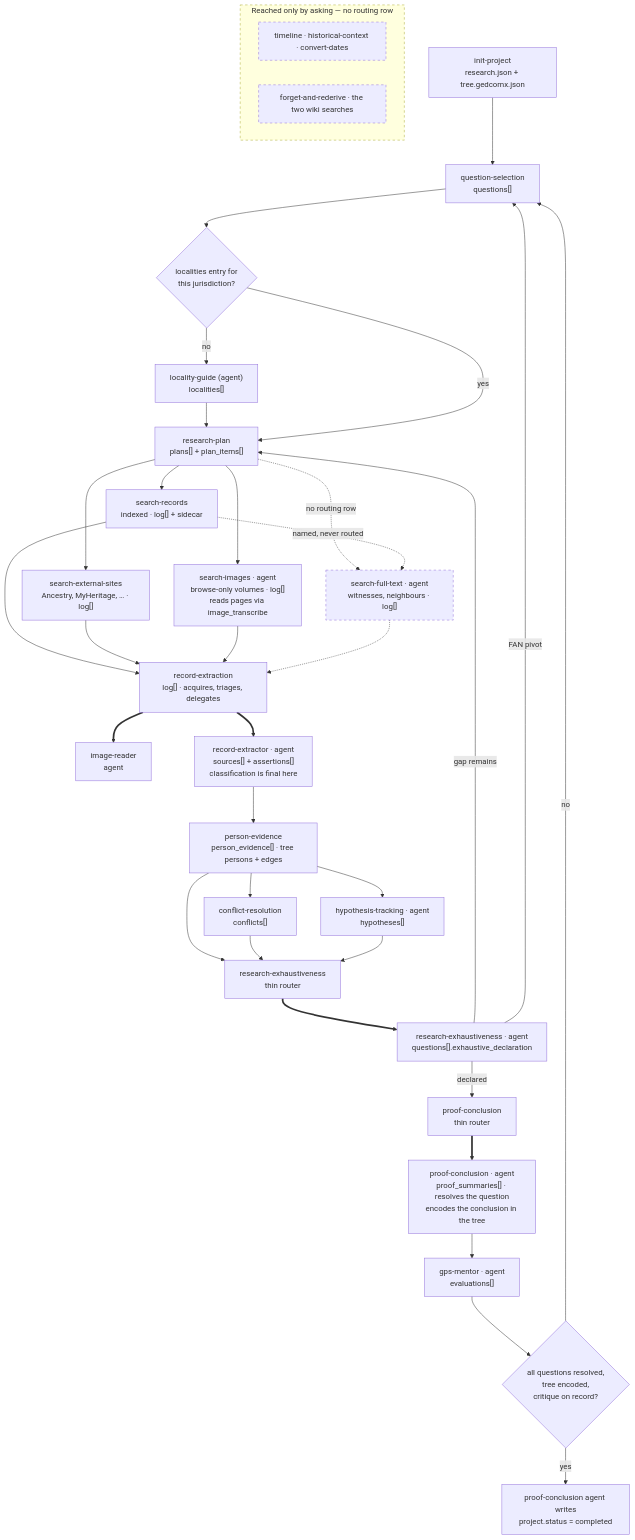
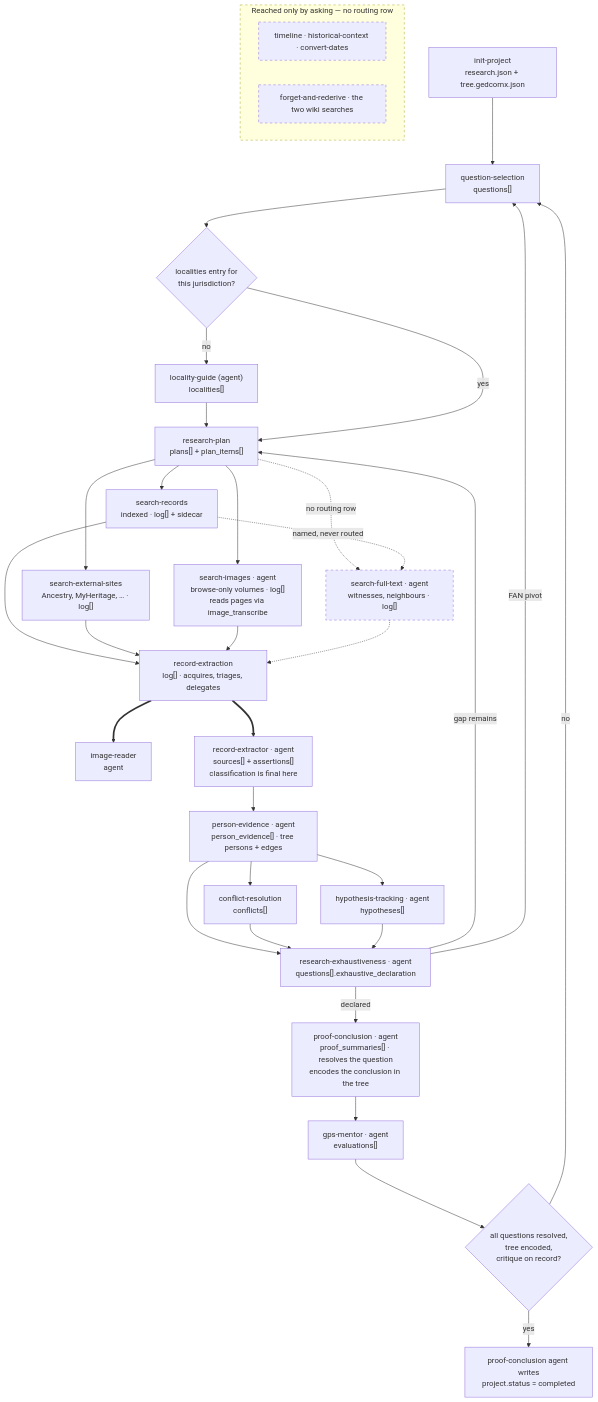
Before and after one commit to PioneerAIAcademy/cowork-genealogy: the diagram in docs/skill-dataflow.md, drawn with Mermaid. The commit also changed other lines of this file and 20 other files, not shown here.

````diff
--- a/docs/skill-dataflow.md
+++ b/docs/skill-dataflow.md
@@ -65,51 +71,49 @@
 ```mermaid
 flowchart TD
     IP["init-project<br/>research.json + tree.gedcomx.json"] --> QS
     QS["question-selection<br/>questions[]"] --> LOCGATE
     LOCGATE{"localities entry for<br/>this jurisdiction?"}
     LOCGATE -- no --> LG["locality-guide (agent)<br/>localities[]"] --> RP
     LOCGATE -- yes --> RP["research-plan<br/>plans[] + plan_items[]"]
 
     RP --> SR["search-records<br/>indexed · log[] + sidecar"]
     RP --> SE["search-external-sites<br/>Ancestry, MyHeritage, … · log[]"]
     RP --> SIA["search-images · agent<br/>browse-only volumes · log[]<br/>reads pages via image_transcribe"]
     RP -.->|"no routing row"| SF["search-full-text · agent<br/>witnesses, neighbours · log[]"]
     SR -.->|"named, never routed"| SF
     RE ==> IR["image-reader<br/>agent"]
 
     SR --> RE
     SE --> RE
     SIA --> RE
     SF -.-> RE
     RE["record-extraction<br/>log[] · acquires, triages, delegates"]
     RE ==> RX["record-extractor · agent<br/>sources[] + assertions[]<br/>classification is final here"]
 
-    RX --> PE["person-evidence<br/>person_evidence[] · tree persons + edges"]
+    RX --> PE["person-evidence · agent<br/>person_evidence[] · tree persons + edges"]
     PE --> CR["conflict-resolution<br/>conflicts[]"]
     PE --> HT["hypothesis-tracking · agent<br/>hypotheses[]"]
-    PE --> EX
-    CR --> EX
-    HT --> EX
+    PE --> EXA
+    CR --> EXA
+    HT --> EXA
 
-    EX["research-exhaustiveness<br/>thin router"]
-    EX ==> EXA["research-exhaustiveness · agent<br/>questions[].exhaustive_declaration"]
+    EXA["research-exhaustiveness · agent<br/>questions[].exhaustive_declaration"]
     EXA -- "gap remains" --> RP
     EXA -- "FAN pivot" --> QS
-    EXA -- "declared" --> PC
+    EXA -- "declared" --> PCA
 
-    PC["proof-conclusion<br/>thin router"]
-    PC ==> PCA["proof-conclusion · agent<br/>proof_summaries[] · resolves the question<br/>encodes the conclusion in the tree"]
+    PCA["proof-conclusion · agent<br/>proof_summaries[] · resolves the question<br/>encodes the conclusion in the tree"]
     PCA --> GM["gps-mentor · agent<br/>evaluations[]"]
     GM --> GATE{"all questions resolved,<br/>tree encoded,<br/>critique on record?"}
     GATE -- no --> QS
     GATE -- yes --> DONE["proof-conclusion agent writes<br/>project.status = completed"]
 
     subgraph ASK ["Reached only by asking — no routing row"]
         direction LR
         U1["timeline · historical-context · convert-dates"]
         U2["forget-and-rederive · the two wiki searches"]
     end
 
     classDef unrouted stroke-dasharray: 5 5
     class SF,ASK,U1,U2 unrouted
 ```
````
